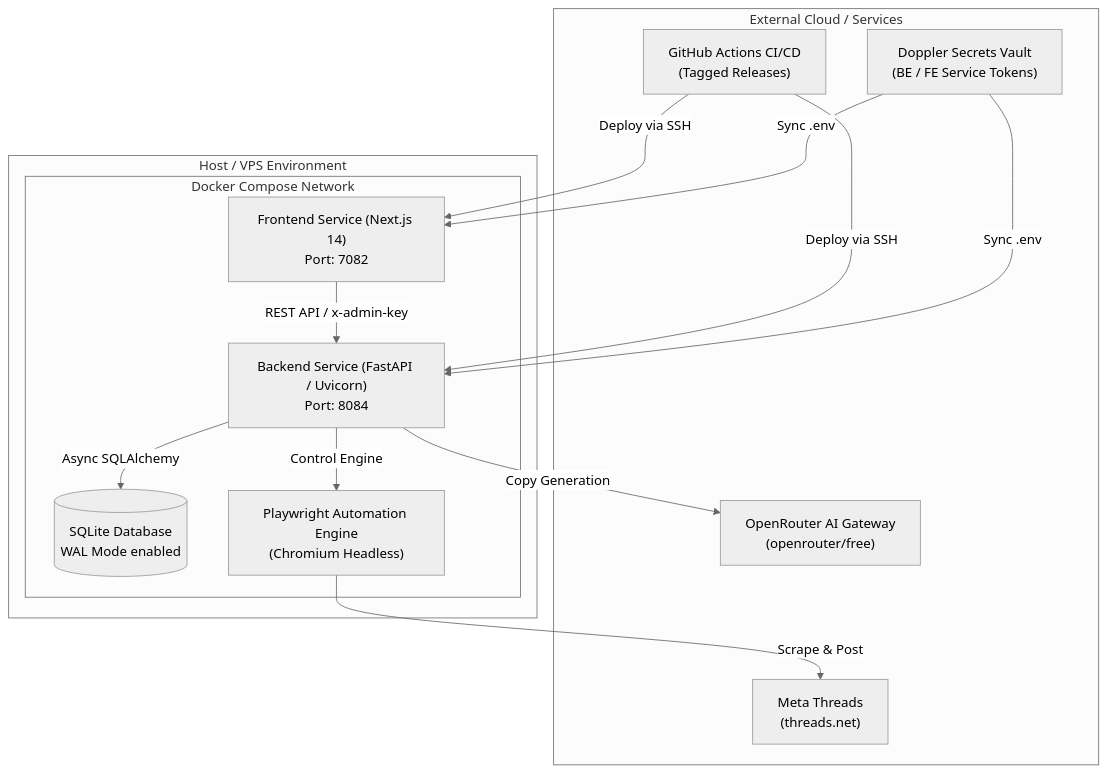
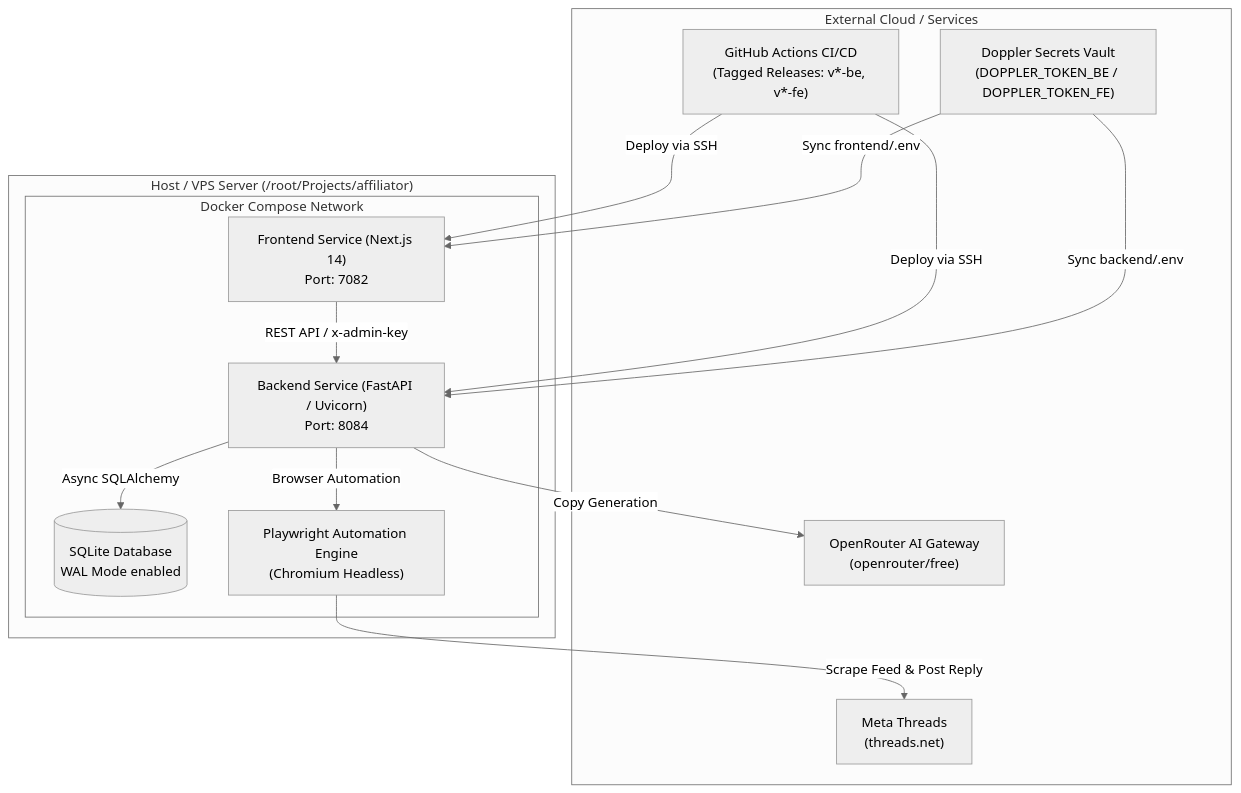
Before and after one commit to tirenn/affiliate: the first of 5 diagrams in ARCHITECTURE.md, drawn with Mermaid (neutral theme). The commit also changed other lines of this file and 2 other files, not shown here.

Commit message:
docs: add architectural flow diagrams and update documentation mapping

````diff
--- a/ARCHITECTURE.md
+++ b/ARCHITECTURE.md
@@ -13,29 +15,29 @@
 ```mermaid
 graph TB
     subgraph "External Cloud / Services"
-        GH["GitHub Actions CI/CD<br/>(Tagged Releases)"]
-        DOPPLER["Doppler Secrets Vault<br/>(BE / FE Service Tokens)"]
+        GH["GitHub Actions CI/CD<br/>(Tagged Releases: v*-be, v*-fe)"]
+        DOPPLER["Doppler Secrets Vault<br/>(DOPPLER_TOKEN_BE / DOPPLER_TOKEN_FE)"]
         OPENROUTER["OpenRouter AI Gateway<br/>(openrouter/free)"]
         THREADS["Meta Threads<br/>(threads.net)"]
     end
 
-    subgraph "Host / VPS Environment"
+    subgraph "Host / VPS Server (/root/Projects/affiliator)"
         subgraph "Docker Compose Network"
             FE["Frontend Service (Next.js 14)<br/>Port: 7082"]
             BE["Backend Service (FastAPI / Uvicorn)<br/>Port: 8084"]
             DB[("SQLite Database<br/>WAL Mode enabled")]
             PLAYWRIGHT["Playwright Automation Engine<br/>(Chromium Headless)"]
         end
     end
 
     GH -->|Deploy via SSH| BE
     GH -->|Deploy via SSH| FE
-    DOPPLER -->|Sync .env| BE
-    DOPPLER -->|Sync .env| FE
+    DOPPLER -->|Sync backend/.env| BE
+    DOPPLER -->|Sync frontend/.env| FE
 
     FE -->|REST API / x-admin-key| BE
     BE -->|Async SQLAlchemy| DB
     BE -->|Copy Generation| OPENROUTER
-    BE -->|Control Engine| PLAYWRIGHT
-    PLAYWRIGHT -->|Scrape & Post| THREADS
+    BE -->|Browser Automation| PLAYWRIGHT
+    PLAYWRIGHT -->|Scrape Feed & Post Reply| THREADS
 ```
````
